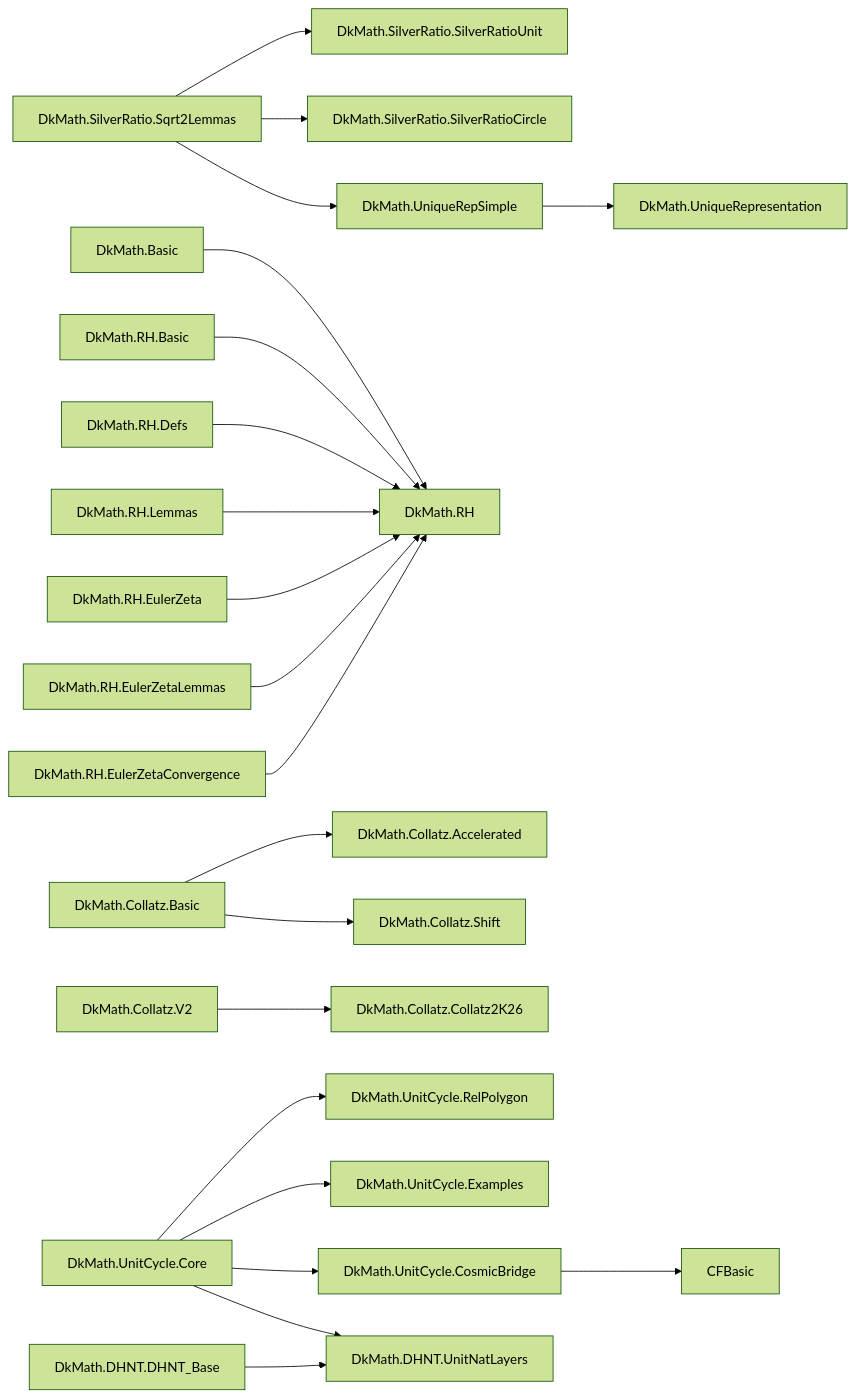
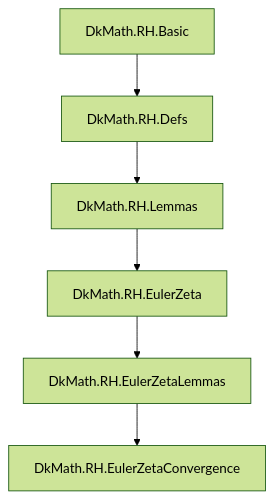
Before and after one commit to Deskuma/dkmath: the fifth of 5 diagrams in lean/dk_math/INDEX.md, drawn with Mermaid (forest theme). The commit also changed other lines of this file, not shown here.

First line of the commit message:
Update: Revise theory dependency graph structure in INDEX.md

````diff
--- a/lean/dk_math/INDEX.md
+++ b/lean/dk_math/INDEX.md
@@ -138,30 +162,8 @@
 ```mermaid
-graph LR
-  %% SilverRatio / UniqueRep
-  Sqrt2[DkMath.SilverRatio.Sqrt2Lemmas] --> SRUnit[DkMath.SilverRatio.SilverRatioUnit]
-  Sqrt2 --> SRCircle[DkMath.SilverRatio.SilverRatioCircle]
-  Sqrt2 --> URS[DkMath.UniqueRepSimple]
-  URS --> UR[DkMath.UniqueRepresentation]
-
-  %% RH
-  Basic[DkMath.Basic] --> RH[DkMath.RH]
-  RHBasic[DkMath.RH.Basic] --> RH
-  RHDefs[DkMath.RH.Defs] --> RH
-  RHLem[DkMath.RH.Lemmas] --> RH
-  RHEZ[DkMath.RH.EulerZeta] --> RH
-  RHEZL[DkMath.RH.EulerZetaLemmas] --> RH
-  RHEZC[DkMath.RH.EulerZetaConvergence] --> RH
-
-  %% Collatz
-  CBase[DkMath.Collatz.Basic] --> CAcc[DkMath.Collatz.Accelerated]
-  CBase --> CShift[DkMath.Collatz.Shift]
-  CV2[DkMath.Collatz.V2] --> C2K26[DkMath.Collatz.Collatz2K26]
-
-  %% UnitCycle / DHNT
-  UCore[DkMath.UnitCycle.Core] --> URel[DkMath.UnitCycle.RelPolygon]
-  UCore --> UEx[DkMath.UnitCycle.Examples]
-  UCore --> UBridge[DkMath.UnitCycle.CosmicBridge]
-  UBridge --> CFBasic
-  UCore --> DHNTL[DkMath.DHNT.UnitNatLayers]
-  DHNTB[DkMath.DHNT.DHNT_Base] --> DHNTL
+graph TD
+  RHBasic[DkMath.RH.Basic] --> RHDefs[DkMath.RH.Defs]
+  RHDefs --> RHLem[DkMath.RH.Lemmas]
+  RHLem --> RHEZ[DkMath.RH.EulerZeta]
+  RHEZ --> RHEZL[DkMath.RH.EulerZetaLemmas]
+  RHEZL --> RHEZC[DkMath.RH.EulerZetaConvergence]
 ```
````
